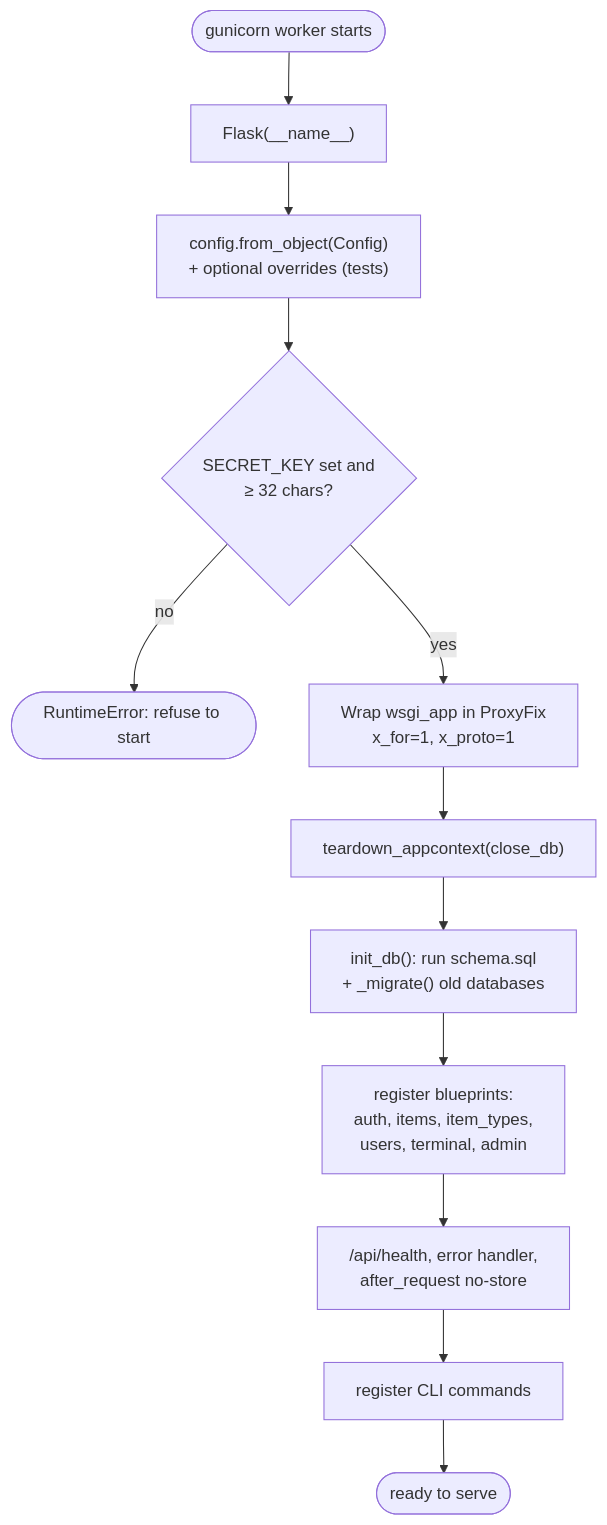
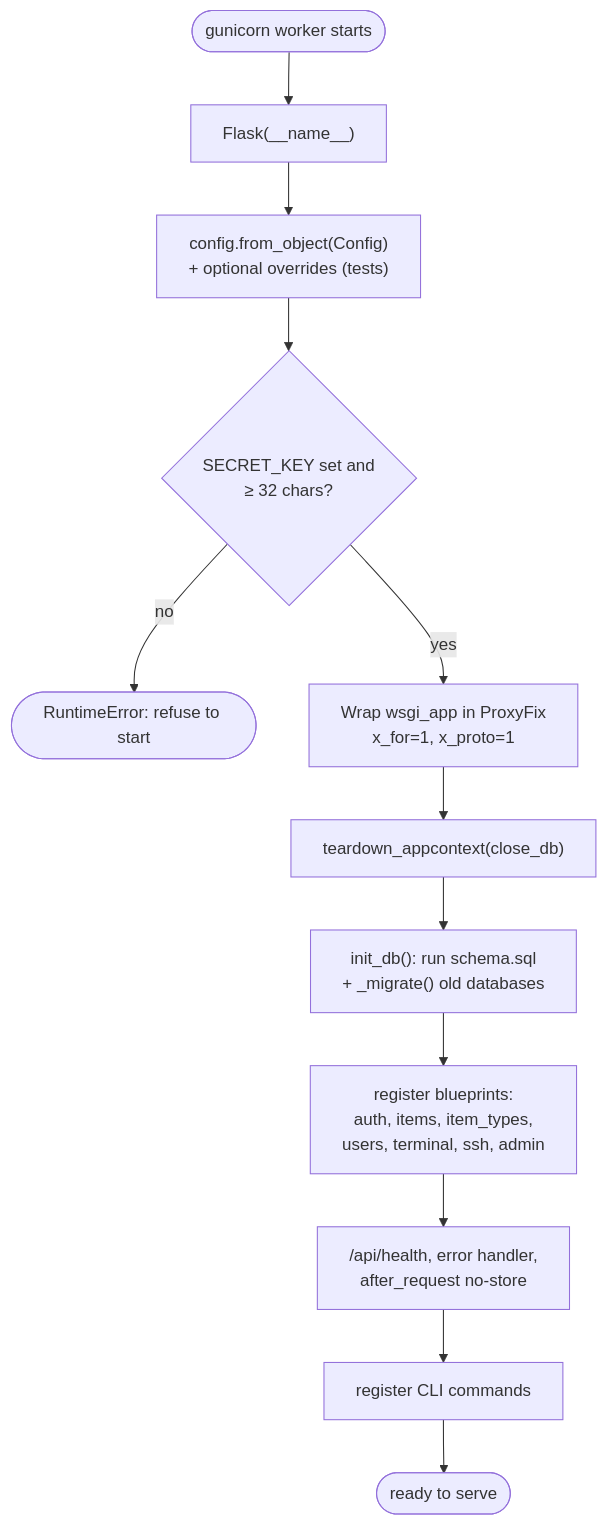
One commit to juanecito/Home_Access_Web changed the second of 9 diagrams in doc/02-backend.md. Above: the diagram before and after it, drawn with Mermaid. The commit also changed other lines of this file and 40 other files, not shown here.

Commit message:
Add new SSH terminal for all users

````diff
--- a/doc/02-backend.md
+++ b/doc/02-backend.md
@@ -64,14 +74,14 @@
 ```mermaid
 flowchart TD
     S([gunicorn worker starts]) --> A["Flask(__name__)"]
     A --> B["config.from_object(Config)<br/>+ optional overrides (tests)"]
     B --> C{"SECRET_KEY set and<br/>≥ 32 chars?"}
     C -- no --> X(["RuntimeError: refuse to start"])
     C -- yes --> D["Wrap wsgi_app in ProxyFix<br/>x_for=1, x_proto=1"]
     D --> E["teardown_appcontext(close_db)"]
     E --> F["init_db(): run schema.sql<br/>+ _migrate() old databases"]
-    F --> G["register blueprints:<br/>auth, items, item_types,<br/>users, terminal, admin"]
+    F --> G["register blueprints:<br/>auth, items, item_types,<br/>users, terminal, ssh, admin"]
     G --> H["/api/health, error handler,<br/>after_request no-store"]
     H --> I["register CLI commands"]
     I --> R([ready to serve])
 ```
````
